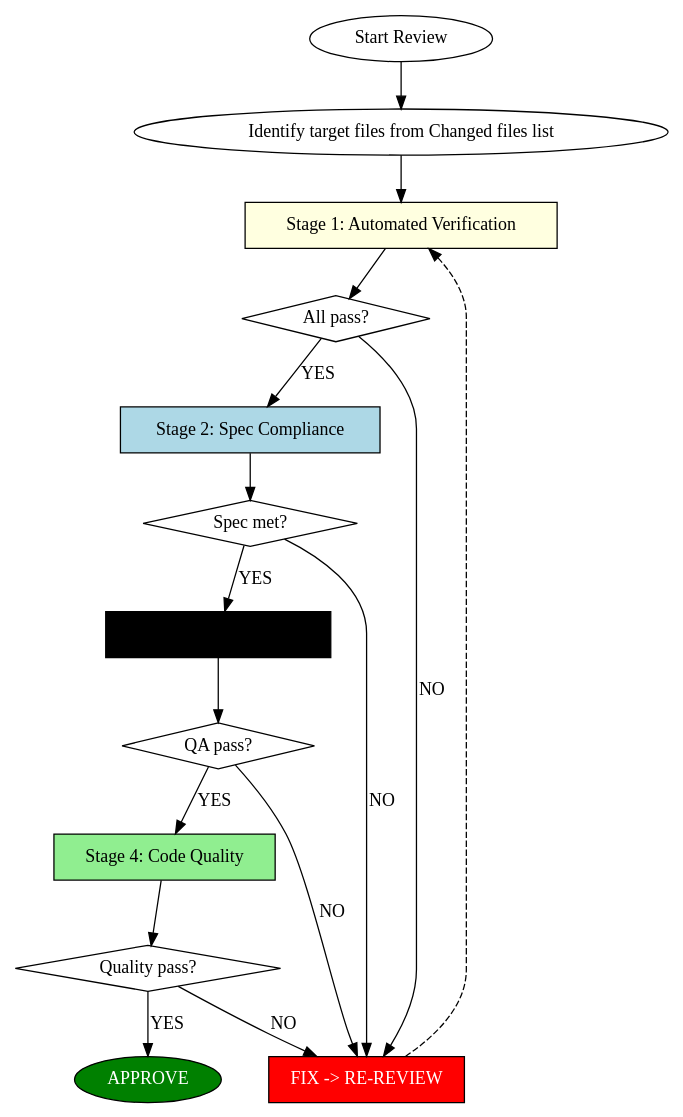
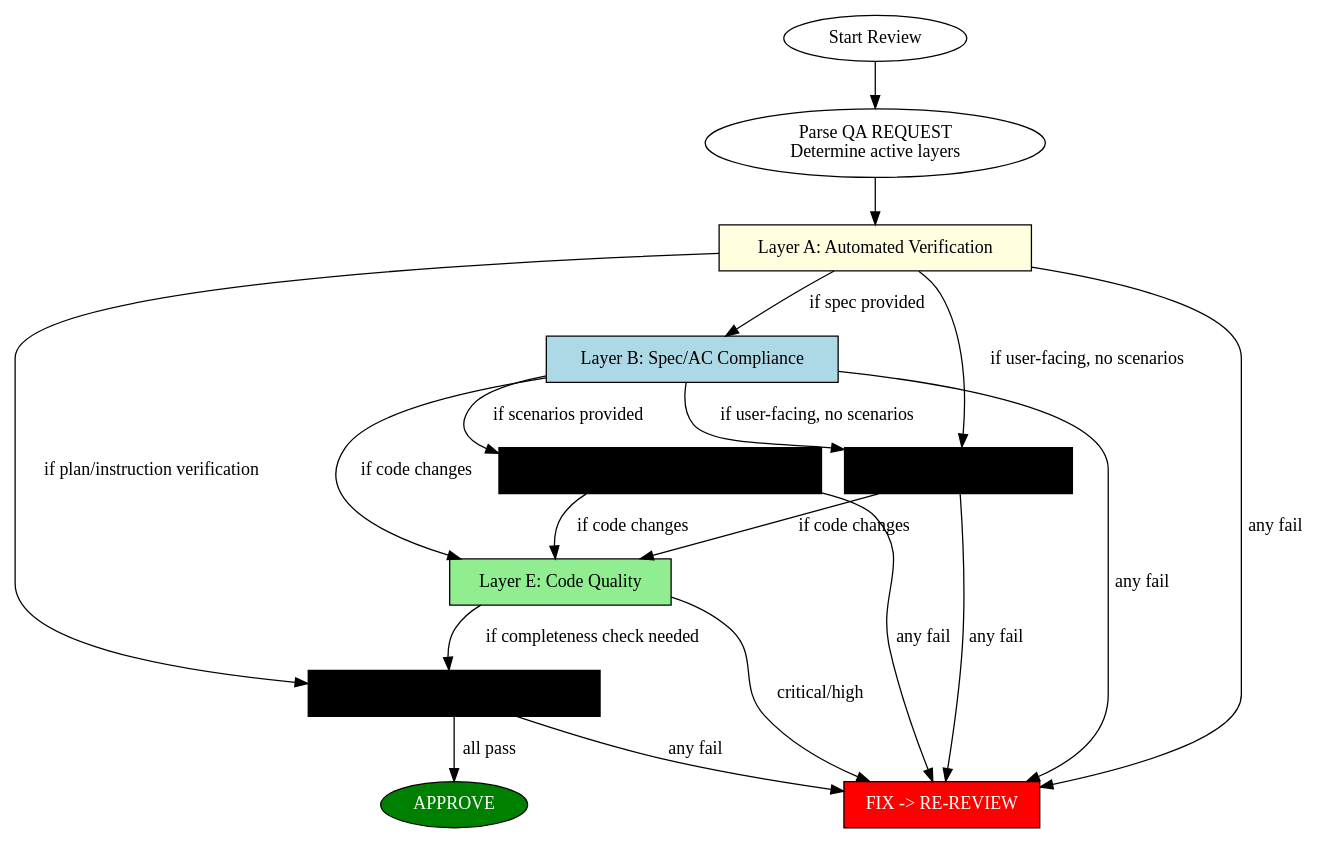
One commit to toongri/oh-my-toong-playground changed the diagram in skills/qa/SKILL.md. Above: the diagram before and after it, drawn with Graphviz. The commit also changed other lines of this file and 2 other files, not shown here.

First line of the commit message:
docs: stage3-handson 및 sisyphus에 QA REQUEST 업데이트

````diff
--- a/skills/qa/SKILL.md
+++ b/skills/qa/SKILL.md
@@ -24,32 +46,34 @@
 ```dot
-digraph review_stages {
+digraph review_layers {
     rankdir=TB;
 
     start [label="Start Review" shape=ellipse];
-    diff [label="Identify target files from Changed files list"];
-    stage1 [label="Stage 1: Automated Verification" shape=box style=filled fillcolor=lightyellow];
-    verify_pass [label="All pass?" shape=diamond];
-    stage2 [label="Stage 2: Spec Compliance" shape=box style=filled fillcolor=lightblue];
-    spec_pass [label="Spec met?" shape=diamond];
-    stage3 [label="Stage 3: Hands-On QA" shape=box style=filled fillcolor=lightorange];
-    handson_pass [label="QA pass?" shape=diamond];
-    stage4 [label="Stage 4: Code Quality" shape=box style=filled fillcolor=lightgreen];
-    quality_pass [label="Quality pass?" shape=diamond];
+    parse [label="Parse QA REQUEST\nDetermine active layers"];
+    layerA [label="Layer A: Automated Verification" shape=box style=filled fillcolor=lightyellow];
+    layerB [label="Layer B: Spec/AC Compliance" shape=box style=filled fillcolor=lightblue];
+    layerC [label="Layer C: QA Scenarios Execution" shape=box style=filled fillcolor=lightorange];
+    layerD [label="Layer D: Hands-On QA" shape=box style=filled fillcolor=lightorange];
+    layerE [label="Layer E: Code Quality" shape=box style=filled fillcolor=lightgreen];
+    layerF [label="Layer F: Completeness Check" shape=box style=filled fillcolor=lightpurple];
     approve [label="APPROVE" shape=ellipse style=filled fillcolor=green fontcolor=white];
     fix [label="FIX -> RE-REVIEW" shape=box style=filled fillcolor=red fontcolor=white];
 
-    start -> diff -> stage1 -> verify_pass;
-    verify_pass -> fix [label="NO"];
-    verify_pass -> stage2 [label="YES"];
-    fix -> stage1 [style=dashed];
-    stage2 -> spec_pass;
-    spec_pass -> fix [label="NO"];
-    spec_pass -> stage3 [label="YES"];
-    stage3 -> handson_pass;
-    handson_pass -> fix [label="NO"];
-    handson_pass -> stage4 [label="YES"];
-    stage4 -> quality_pass;
-    quality_pass -> fix [label="NO"];
-    quality_pass -> approve [label="YES"];
+    start -> parse -> layerA;
+    layerA -> layerB [label="if spec provided"];
+    layerA -> layerD [label="if user-facing, no scenarios"];
+    layerA -> layerF [label="if plan/instruction verification"];
+    layerB -> layerC [label="if scenarios provided"];
+    layerB -> layerD [label="if user-facing, no scenarios"];
+    layerB -> layerE [label="if code changes"];
+    layerC -> layerE [label="if code changes"];
+    layerD -> layerE [label="if code changes"];
+    layerE -> layerF [label="if completeness check needed"];
+    layerF -> approve [label="all pass"];
+    layerA -> fix [label="any fail"];
+    layerB -> fix [label="any fail"];
+    layerC -> fix [label="any fail"];
+    layerD -> fix [label="any fail"];
+    layerE -> fix [label="critical/high"];
+    layerF -> fix [label="any fail"];
 }
 ```
````
